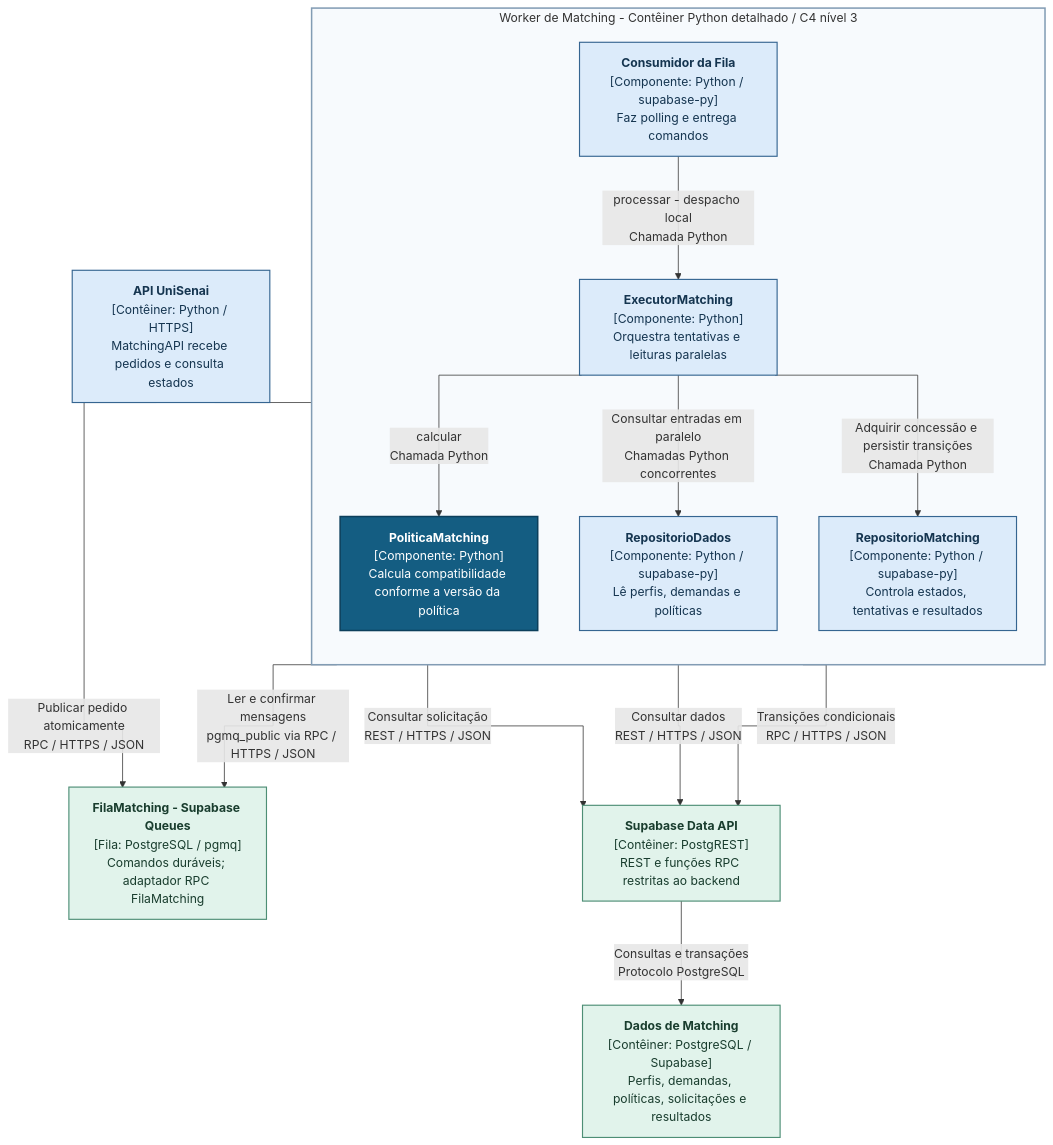
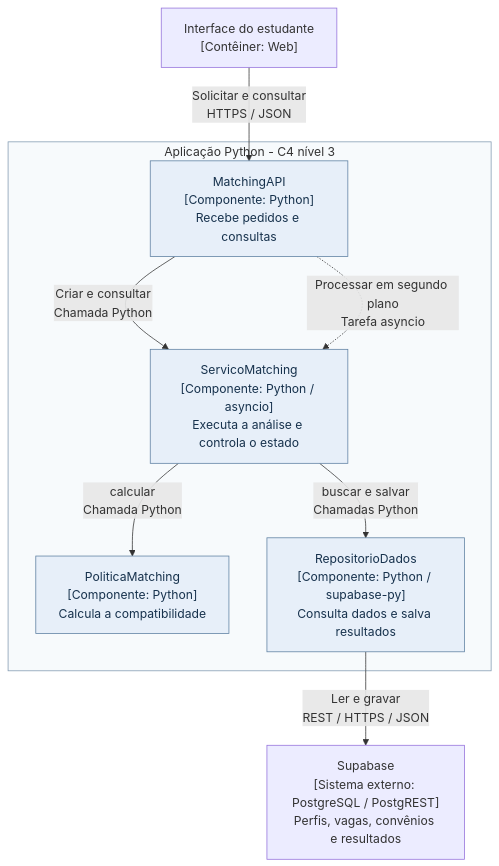
The diagram in docs/architecture/componentes.mmd (Lucas-Lunim/APS3-Modelagem_de_dados), drawn with Mermaid before and after one commit. The commit also changed 23 other files, not shown here.

```diff
--- a/docs/architecture/componentes.mmd
+++ b/docs/architecture/componentes.mmd
@@ -1,42 +1,19 @@
----
-config:
-  theme: default
-  flowchart:
-    nodeSpacing: 55
-    rankSpacing: 65
-    curve: stepAfter
----
 flowchart TB
-    API["<b>API UniSenai</b><br/>[Contêiner: Python / HTTPS]<br/>MatchingAPI recebe pedidos e consulta estados"]
+    CLIENTE["Interface do estudante<br/>[Contêiner: Web]"]
+    subgraph APP["Aplicação Python - C4 nível 3"]
+        API["MatchingAPI<br/>[Componente: Python]<br/>Recebe pedidos e consultas"]
+        SERVICO["ServicoMatching<br/>[Componente: Python / asyncio]<br/>Executa a análise e controla o estado"]
+        POLITICA["PoliticaMatching<br/>[Componente: Python]<br/>Calcula a compatibilidade"]
+        DADOS["RepositorioDados<br/>[Componente: Python / supabase-py]<br/>Consulta dados e salva resultados"]
+        API -->|"Criar e consultar<br/>Chamada Python"| SERVICO
+        API -. "Processar em segundo plano<br/>Tarefa asyncio" .-> SERVICO
+        SERVICO -->|"calcular<br/>Chamada Python"| POLITICA
+        SERVICO -->|"buscar e salvar<br/>Chamadas Python"| DADOS
+    end
+    SUPABASE["Supabase<br/>[Sistema externo: PostgreSQL / PostgREST]<br/>Perfis, vagas, convênios e resultados"]
+    CLIENTE -->|"Solicitar e consultar<br/>HTTPS / JSON"| API
+    DADOS -->|"Ler e gravar<br/>REST / HTTPS / JSON"| SUPABASE
 
-    subgraph WORKER["Worker de Matching - Contêiner Python detalhado / C4 nível 3"]
-        direction TB
-        CONSUMIDOR["<b>Consumidor da Fila</b><br/>[Componente: Python / supabase-py]<br/>Faz polling e entrega comandos"]
-        EXEC["<b>ExecutorMatching</b><br/>[Componente: Python]<br/>Orquestra tentativas e leituras paralelas"]
-        POLITICA["<b>PoliticaMatching</b><br/>[Componente: Python]<br/>Calcula compatibilidade conforme a versão da política"]
-        DADOS["<b>RepositorioDados</b><br/>[Componente: Python / supabase-py]<br/>Lê perfis, demandas e políticas"]
-        REPO["<b>RepositorioMatching</b><br/>[Componente: Python / supabase-py]<br/>Controla estados, tentativas e resultados"]
-        CONSUMIDOR -->|"processar - despacho local<br/>Chamada Python"| EXEC
-        EXEC -->|"calcular<br/>Chamada Python"| POLITICA
-        EXEC -->|"Consultar entradas em paralelo<br/>Chamadas Python concorrentes"| DADOS
-        EXEC -->|"Adquirir concessão e persistir transições<br/>Chamada Python"| REPO
-    end
-
-    FILA["<b>FilaMatching - Supabase Queues</b><br/>[Fila: PostgreSQL / pgmq]<br/>Comandos duráveis; adaptador RPC FilaMatching"]
-    DATAAPI["<b>Supabase Data API</b><br/>[Contêiner: PostgREST]<br/>REST e funções RPC restritas ao backend"]
-    BANCO["<b>Dados de Matching</b><br/>[Contêiner: PostgreSQL / Supabase]<br/>Perfis, demandas, políticas, solicitações e resultados"]
-
-    API -->|"Publicar pedido atomicamente<br/>RPC / HTTPS / JSON"| FILA
-    CONSUMIDOR -->|"Ler e confirmar mensagens<br/>pgmq_public via RPC / HTTPS / JSON"| FILA
-    API -->|"Consultar solicitação<br/>REST / HTTPS / JSON"| DATAAPI
-    DADOS -->|"Consultar dados<br/>REST / HTTPS / JSON"| DATAAPI
-    REPO -->|"Transições condicionais<br/>RPC / HTTPS / JSON"| DATAAPI
-    DATAAPI -->|"Consultas e transações<br/>Protocolo PostgreSQL"| BANCO
-
-    classDef app fill:#DCEBFA,stroke:#356591,color:#153550,stroke-width:1.5px;
-    classDef foco fill:#145D82,stroke:#0C3F5B,color:#FFFFFF,stroke-width:2px;
-    classDef dados fill:#E1F3EB,stroke:#4D8E75,color:#193D2E,stroke-width:1.5px;
-    class API,CONSUMIDOR,EXEC,DADOS,REPO app;
-    class POLITICA foco;
-    class FILA,DATAAPI,BANCO dados;
-    style WORKER fill:#F7FAFD,stroke:#829CB4,stroke-width:2px
+    classDef componente fill:#E7EFF9,stroke:#5D7FA1,color:#17324D;
+    class API,SERVICO,POLITICA,DADOS componente;
+    style APP fill:#F7FAFC,stroke:#829AB1
```
